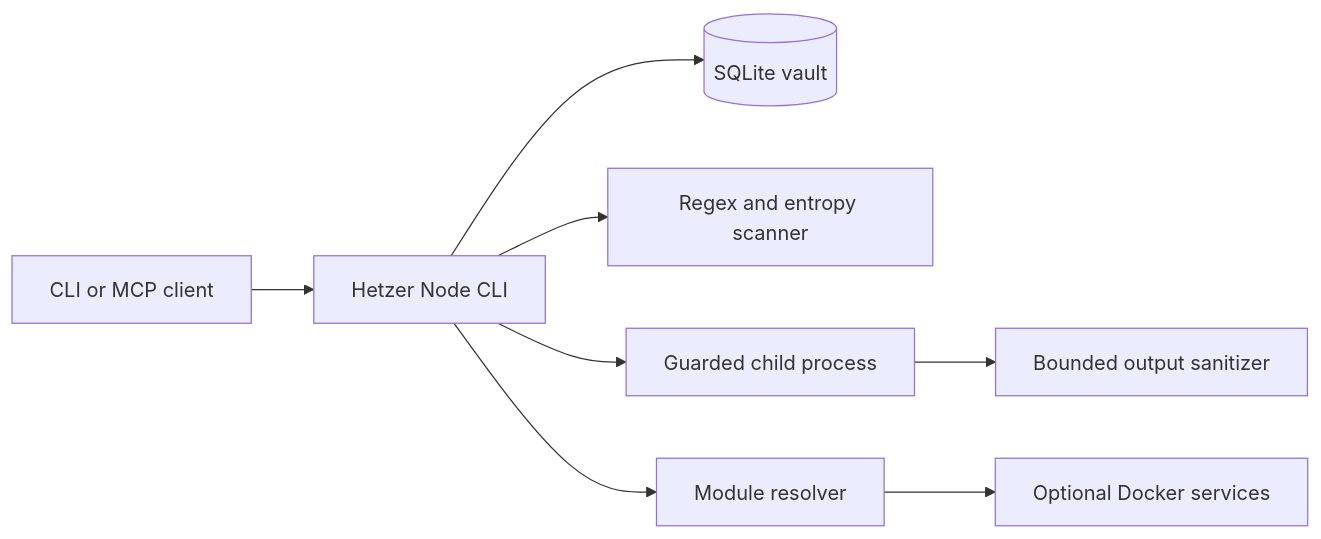
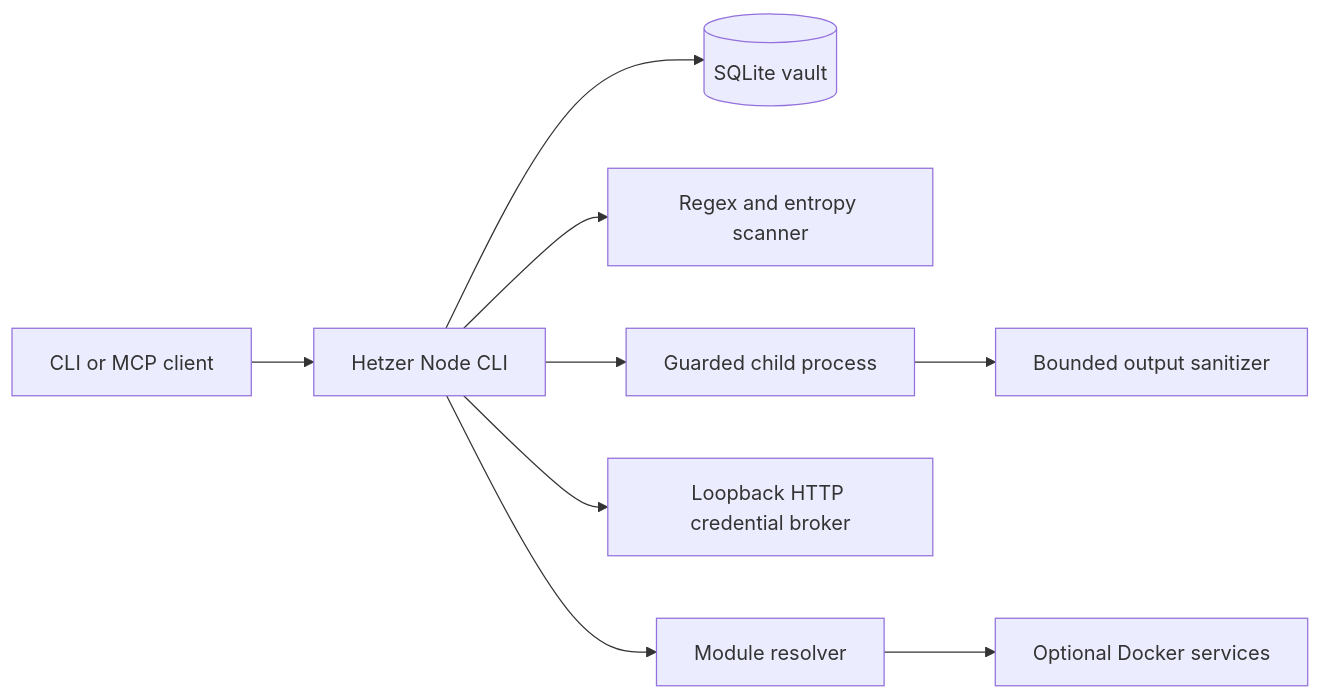
One commit to agunggnn/hetzer changed the diagram in docs/architecture.md. Above: the diagram before and after it, drawn with Mermaid. The commit also changed other lines of this file and 21 other files, not shown here.

Commit message:
feat(vault): add policy-bound HTTP credential broker

````diff
--- a/docs/architecture.md
+++ b/docs/architecture.md
@@ -7,10 +7,11 @@
 ```mermaid
 flowchart LR
     User[CLI or MCP client] --> CLI[Hetzer Node CLI]
     CLI --> Vault[(SQLite vault)]
     CLI --> Scanner[Regex and entropy scanner]
     CLI --> Exec[Guarded child process]
+    CLI --> Broker[Loopback HTTP credential broker]
     CLI --> Modules[Module resolver]
     Exec --> Redactor[Bounded output sanitizer]
     Modules --> Compose[Optional Docker services]
 ```
````
